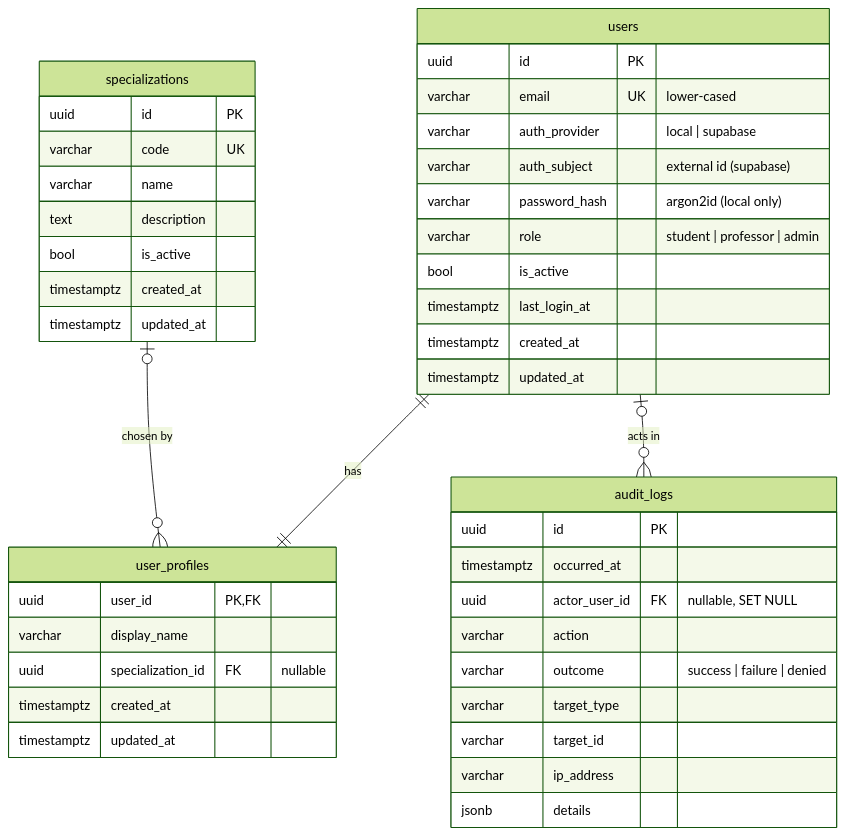
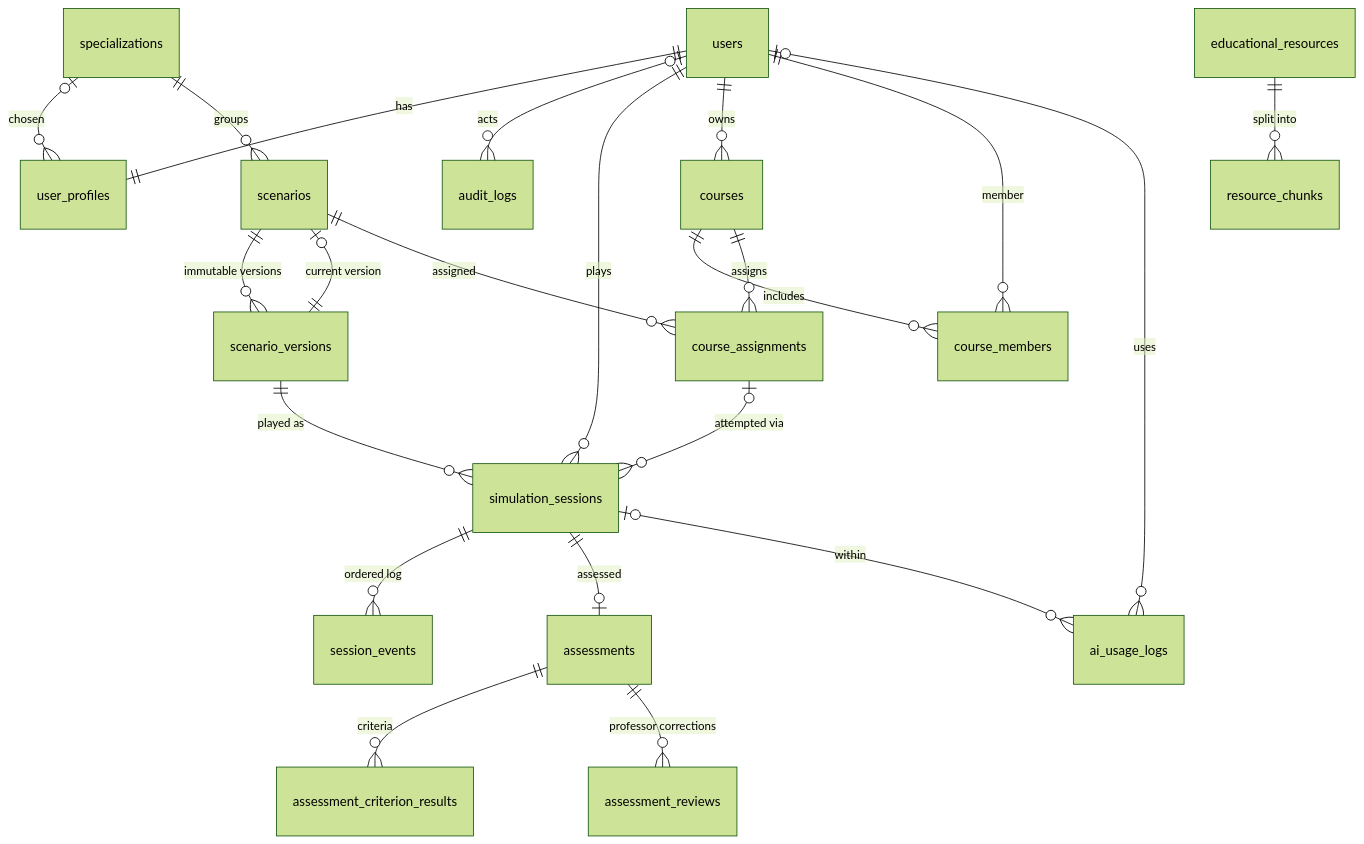
One commit to miramelbendary/bridge changed the diagram in docs/DATABASE.md. Above: the diagram before and after it, drawn with Mermaid (forest theme). The commit also changed other lines of this file and 128 other files, not shown here.

````diff
--- a/docs/DATABASE.md
+++ b/docs/DATABASE.md
@@ -8,46 +9,24 @@
 ```mermaid
 erDiagram
-  users ||--|| user_profiles : "has"
-  specializations |o--o{ user_profiles : "chosen by"
-  users |o--o{ audit_logs : "acts in"
-
-  users {
-    uuid id PK
-    varchar email UK "lower-cased"
-    varchar auth_provider "local | supabase"
-    varchar auth_subject "external id (supabase)"
-    varchar password_hash "argon2id (local only)"
-    varchar role "student | professor | admin"
-    bool is_active
-    timestamptz last_login_at
-    timestamptz created_at
-    timestamptz updated_at
-  }
-  user_profiles {
-    uuid user_id PK,FK
-    varchar display_name
-    uuid specialization_id FK "nullable"
-    timestamptz created_at
-    timestamptz updated_at
-  }
-  specializations {
-    uuid id PK
-    varchar code UK
-    varchar name
-    text description
-    bool is_active
-    timestamptz created_at
-    timestamptz updated_at
-  }
-  audit_logs {
-    uuid id PK
-    timestamptz occurred_at
-    uuid actor_user_id FK "nullable, SET NULL"
-    varchar action
-    varchar outcome "success | failure | denied"
-    varchar target_type
-    varchar target_id
-    varchar ip_address
-    jsonb details
-  }
+  users ||--|| user_profiles : has
+  specializations |o--o{ user_profiles : chosen
+  users |o--o{ audit_logs : acts
+  specializations ||--o{ scenarios : groups
+  scenarios ||--o{ scenario_versions : "immutable versions"
+  scenarios |o--|| scenario_versions : "current version"
+  scenario_versions ||--o{ simulation_sessions : "played as"
+  users ||--o{ simulation_sessions : plays
+  simulation_sessions ||--o{ session_events : "ordered log"
+  simulation_sessions ||--o| assessments : assessed
+  assessments ||--o{ assessment_criterion_results : criteria
+  assessments ||--o{ assessment_reviews : "professor corrections"
+  users ||--o{ courses : owns
+  courses ||--o{ course_members : includes
+  users ||--o{ course_members : member
+  courses ||--o{ course_assignments : assigns
+  scenarios ||--o{ course_assignments : assigned
+  course_assignments |o--o{ simulation_sessions : "attempted via"
+  educational_resources ||--o{ resource_chunks : "split into"
+  users |o--o{ ai_usage_logs : uses
+  simulation_sessions |o--o{ ai_usage_logs : "within"
 ```
````
